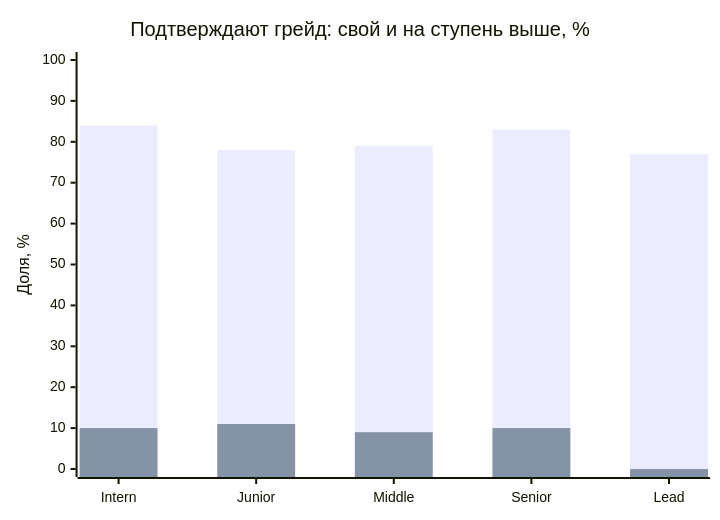
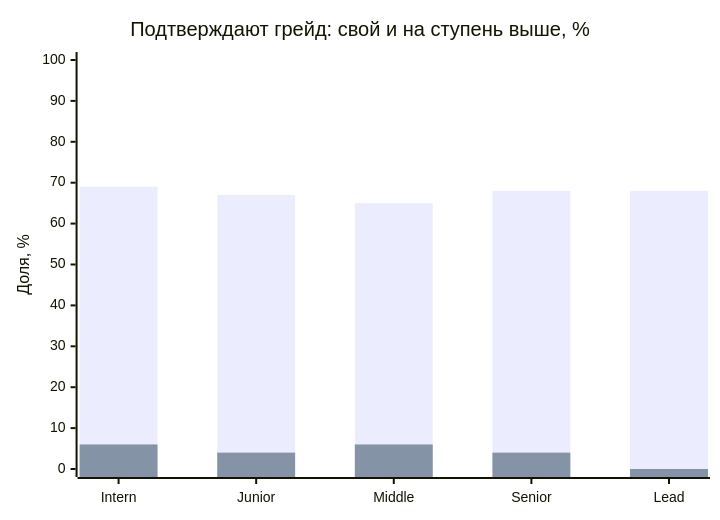
Before and after one commit to ShadowFiend1337/hh_platform: the first of 3 diagrams in docs/assessment_validation_results.md, drawn with Mermaid. The commit also changed other lines of this file and 14 other files, not shown here.

````diff
--- a/docs/assessment_validation_results.md
+++ b/docs/assessment_validation_results.md
@@ -17,8 +17,8 @@
 ```mermaid
 xychart-beta
   title "Подтверждают грейд: свой и на ступень выше, %"
   x-axis ["Intern", "Junior", "Middle", "Senior", "Lead"]
   y-axis "Доля, %" 0 --> 100
-  bar [84, 78, 79, 83, 77]
-  bar [10, 11, 9, 10, 0]
+  bar [69, 67, 65, 68, 68]
+  bar [6, 4, 6, 4, 0]
 ```
````
